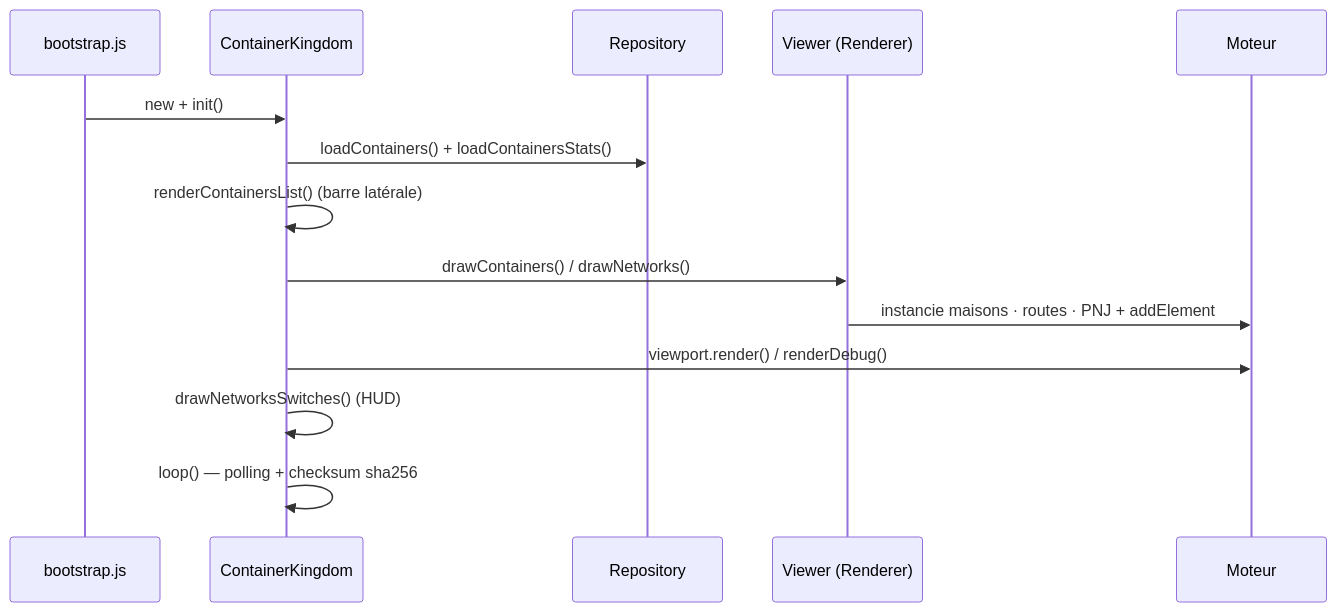
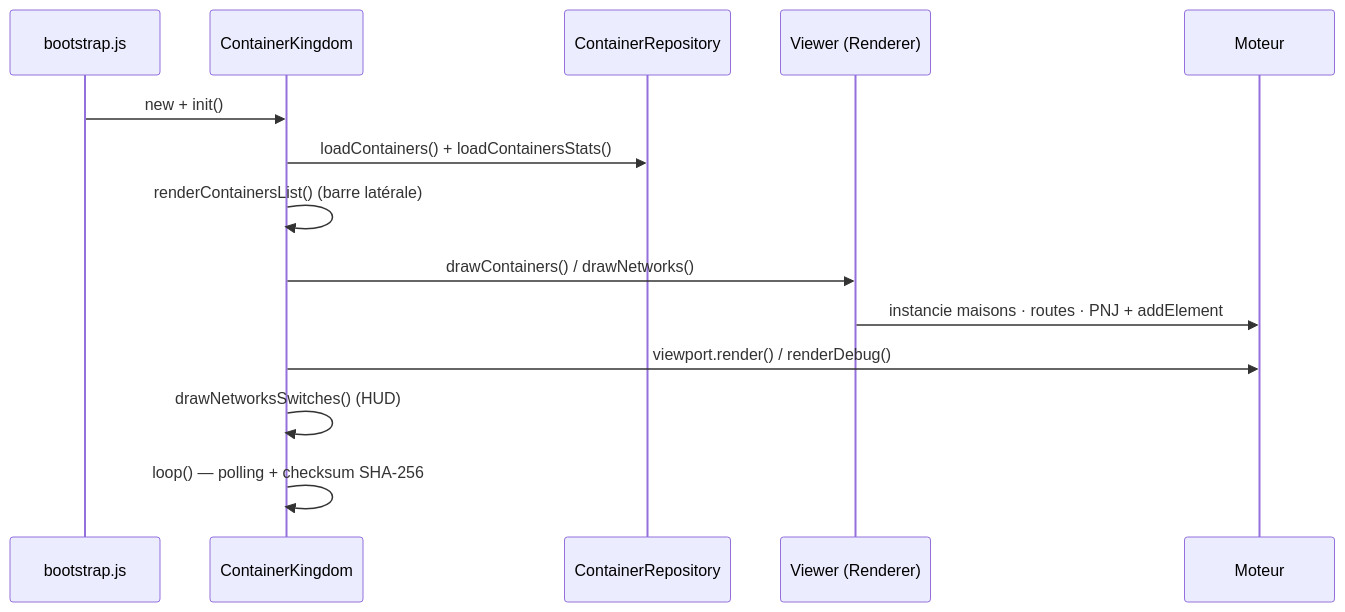
The diagram in meta/documentation/container-kingdom.md (deljdlx/dc-container-kingdom), drawn with Mermaid before and after one commit. The commit also changed other lines of this file and 1 other file, not shown here.

Commit message:
docs: relit et finalise la doc container-kingdom

````diff
--- a/meta/documentation/container-kingdom.md
+++ b/meta/documentation/container-kingdom.md
@@ -26,16 +26,16 @@
 ```mermaid
 sequenceDiagram
     participant B as bootstrap.js
     participant CK as ContainerKingdom
-    participant R as Repository
+    participant R as ContainerRepository
     participant V as Viewer (Renderer)
     participant E as Moteur
     B->>CK: new + init()
     CK->>R: loadContainers() + loadContainersStats()
     CK->>CK: renderContainersList() (barre latérale)
     CK->>V: drawContainers() / drawNetworks()
     V->>E: instancie maisons · routes · PNJ + addElement
     CK->>E: viewport.render() / renderDebug()
     CK->>CK: drawNetworksSwitches() (HUD)
-    CK->>CK: loop() — polling + checksum sha256
+    CK->>CK: loop() — polling + checksum SHA-256
 ```
````
